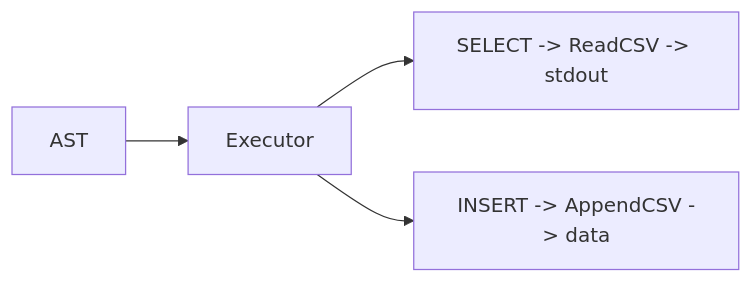
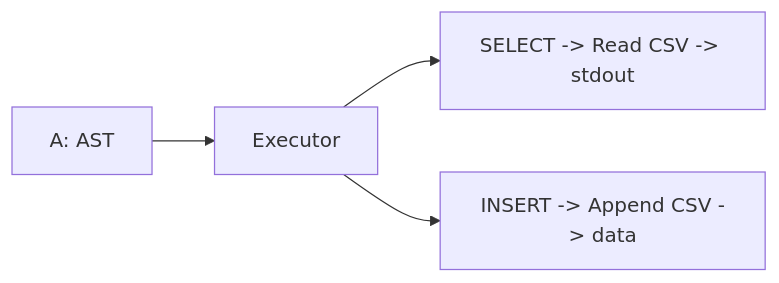
One commit to tail1887/sql_parsor changed the ninth of 12 diagrams in README.md. Above: the diagram before and after it, drawn with Mermaid. The commit also changed other lines of this file, not shown here.

````diff
--- a/README.md
+++ b/README.md
@@ -159,6 +134,6 @@
 ```mermaid
 flowchart LR
-    a1["AST"] --> a2["Executor"]
-    a2 --> a3["SELECT -> ReadCSV -> stdout"]
-    a2 --> a4["INSERT -> AppendCSV -> data"]
+    a1["A: AST"] --> a2["Executor"]
+    a2 --> a3["SELECT -> Read CSV -> stdout"]
+    a2 --> a4["INSERT -> Append CSV -> data"]
 ```
````
